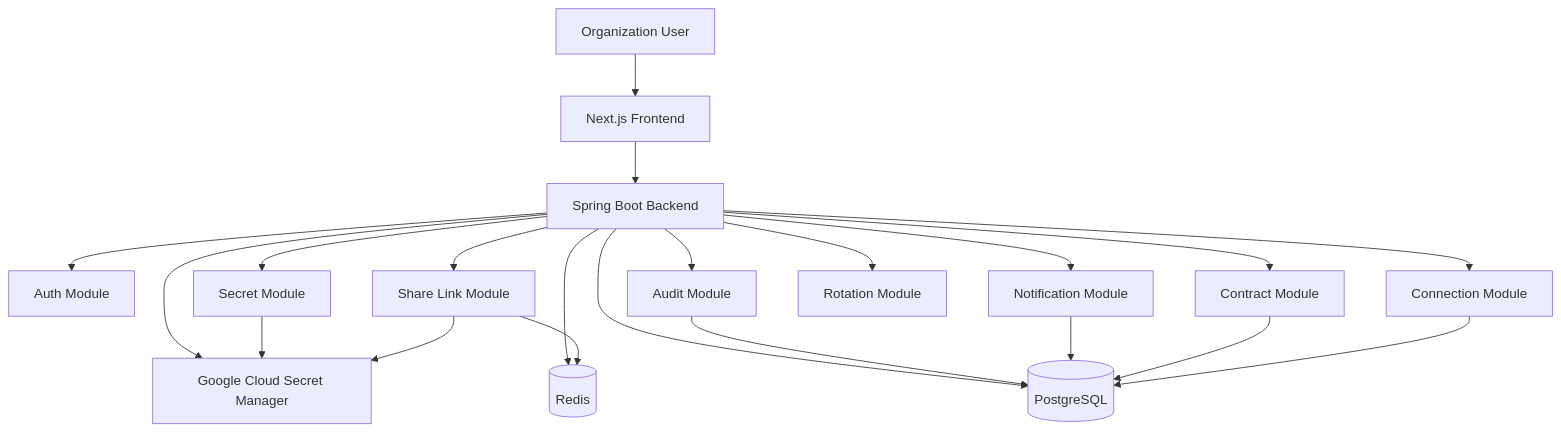
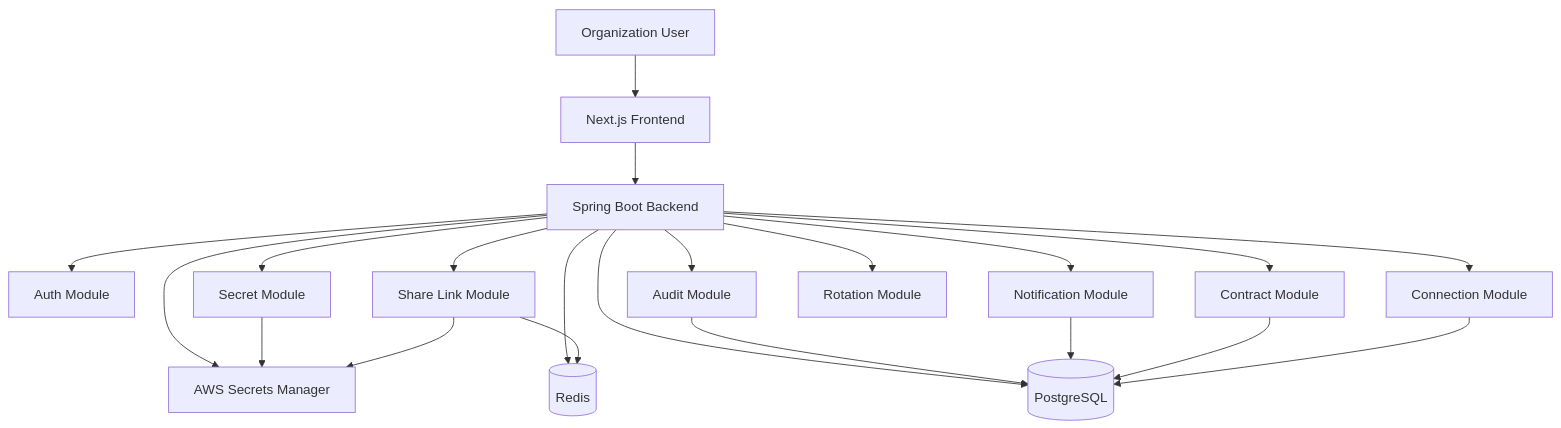
The first of 10 diagrams in docs/product-spec.md (shashankpatil-dev/tijoir), drawn with Mermaid before and after one commit. The commit also changed other lines of this file and 48 other files, not shown here.

````diff
--- a/docs/product-spec.md
+++ b/docs/product-spec.md
@@ -284,27 +284,27 @@
 ```mermaid
 flowchart TB
     U[Organization User] --> FE[Next.js Frontend]
 
     FE --> API[Spring Boot Backend]
 
     API --> AUTH[Auth Module]
     API --> SECRET[Secret Module]
     API --> SHARE[Share Link Module]
     API --> CONN[Connection Module]
     API --> CONTRACT[Contract Module]
     API --> NOTIF[Notification Module]
     API --> AUDIT[Audit Module]
     API --> ROTATE[Rotation Module]
 
     API --> PG[(PostgreSQL)]
     API --> REDIS[(Redis)]
-    API --> GSM[Google Cloud Secret Manager]
+    API --> ASM[AWS Secrets Manager]
 
-    SECRET --> GSM
+    SECRET --> ASM
     SHARE --> REDIS
-    SHARE --> GSM
+    SHARE --> ASM
     AUDIT --> PG
     NOTIF --> PG
     CONTRACT --> PG
     CONN --> PG
 ```
````
